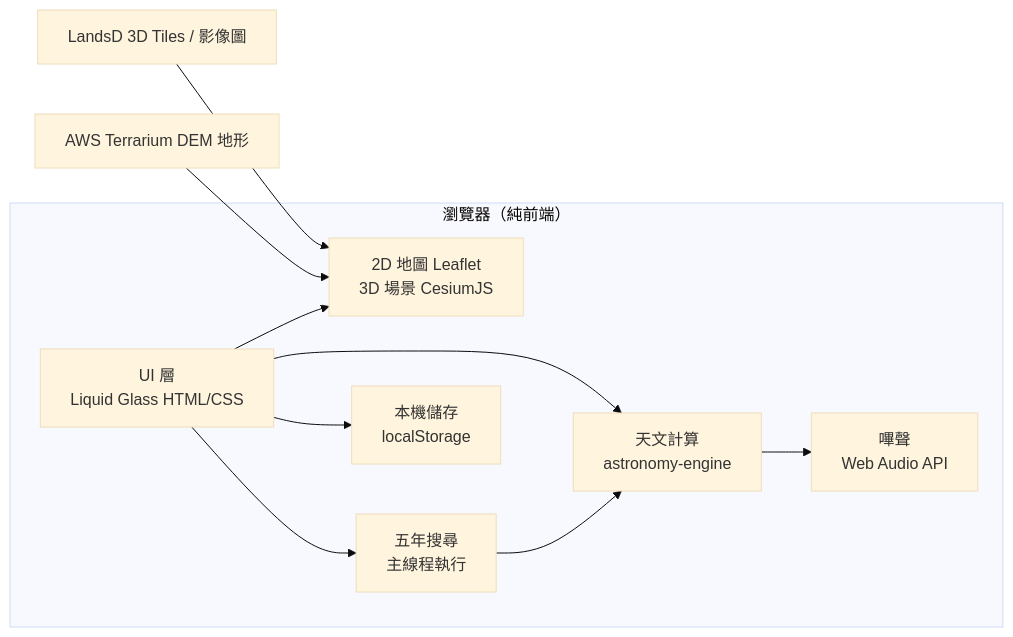
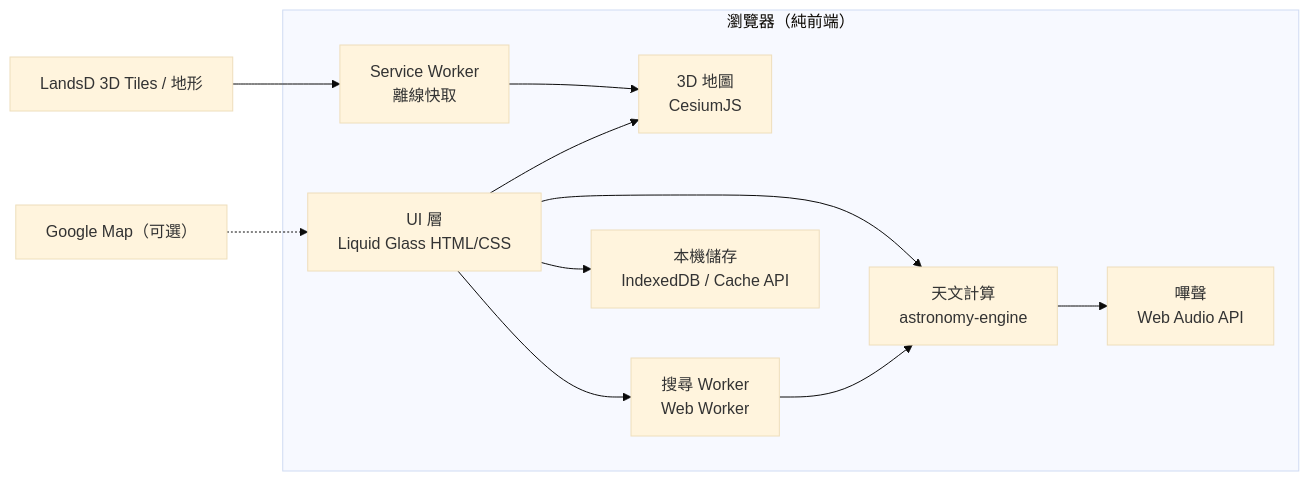
One commit to inchinet/sun-moon-trail changed the second of 2 diagrams in README.md. Above: the diagram before and after it, drawn with Mermaid (base theme). The commit also changed other lines of this file and 1 other file, not shown here.

````diff
--- a/README.md
+++ b/README.md
@@ -106,19 +101,20 @@
 ```mermaid
 flowchart LR
     subgraph Browser["瀏覽器（純前端）"]
         UI["UI 層<br/>Liquid Glass HTML/CSS"]
-        MAP["2D 地圖 Leaflet<br/>3D 場景 CesiumJS"]
+        MAP["3D 地圖<br/>CesiumJS"]
         ASTRO["天文計算<br/>astronomy-engine"]
-        SEARCH["五年搜尋<br/>主線程執行"]
+        SEARCH["搜尋 Worker<br/>Web Worker"]
         AUDIO["嗶聲<br/>Web Audio API"]
-        STORE["本機儲存<br/>localStorage"]
+        STORE["本機儲存<br/>IndexedDB / Cache API"]
+        SW["Service Worker<br/>離線快取"]
     end
-    LANDSD["LandsD 3D Tiles / 影像圖"] --> MAP
-    TERRAIN["AWS Terrarium DEM 地形"] --> MAP
+    LANDSD["LandsD 3D Tiles / 地形"] --> SW --> MAP
     UI --> MAP
     UI --> ASTRO
     UI --> SEARCH
     SEARCH --> ASTRO
     ASTRO --> AUDIO
     UI --> STORE
+    GMAP["Google Map（可選）"] -.-> UI
 ```
````
